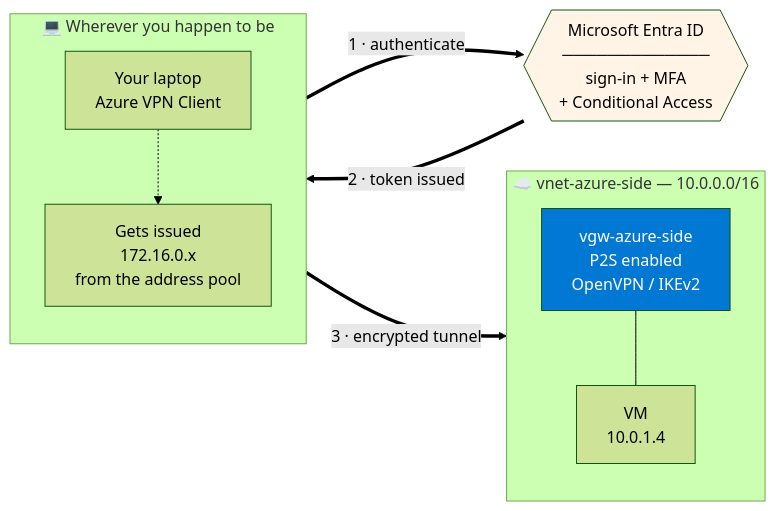
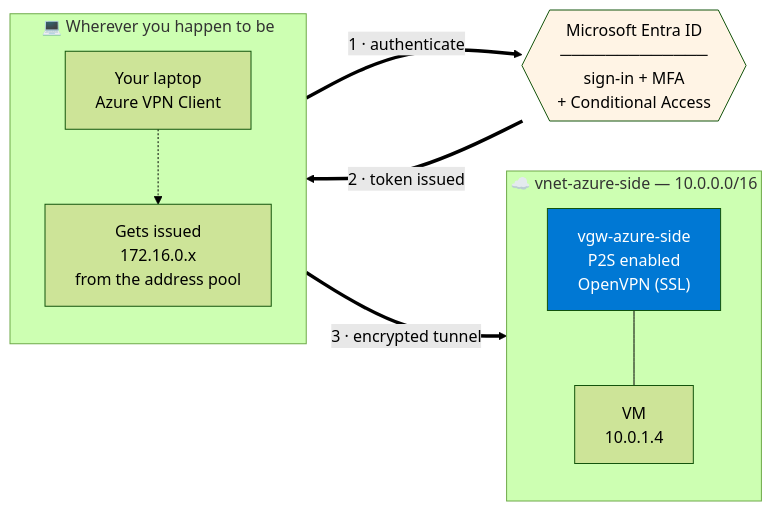
The fifth of 7 diagrams in docs/day15_vpn_expressroute.md (Iam-mithran/LWM-Azure), drawn with Mermaid (forest theme) before and after one commit. The commit also changed other lines of this file, not shown here.

First line of the commit message:
Update Day 15 VPN lab to match current Azure portal and docs

````diff
--- a/docs/day15_vpn_expressroute.md
+++ b/docs/day15_vpn_expressroute.md
@@ -320,25 +382,25 @@
 ```mermaid
 flowchart LR
     subgraph HOME["💻 Wherever you happen to be"]
         direction TB
         LAP["Your laptop<br/>Azure VPN Client"]
         POOL["Gets issued<br/>172.16.0.x<br/>from the address pool"]
         LAP -.-> POOL
     end
 
     ENTRA{{"Microsoft Entra ID<br/>─────────────<br/>sign-in + MFA<br/>+ Conditional Access"}}
 
     subgraph AZURE["☁️ vnet-azure-side — 10.0.0.0/16"]
         direction TB
-        GW["vgw-azure-side<br/>P2S enabled<br/>OpenVPN / IKEv2"]
+        GW["vgw-azure-side<br/>P2S enabled<br/>OpenVPN (SSL)"]
         VM["VM<br/>10.0.1.4"]
         GW --- VM
     end
 
     LAP ==>|"1 · authenticate"| ENTRA
     ENTRA ==>|"2 · token issued"| LAP
     LAP ==>|"3 · encrypted tunnel"| GW
 
     style GW fill:#0078d4,color:#fff
     style ENTRA fill:#fff4e5
 ```
````
